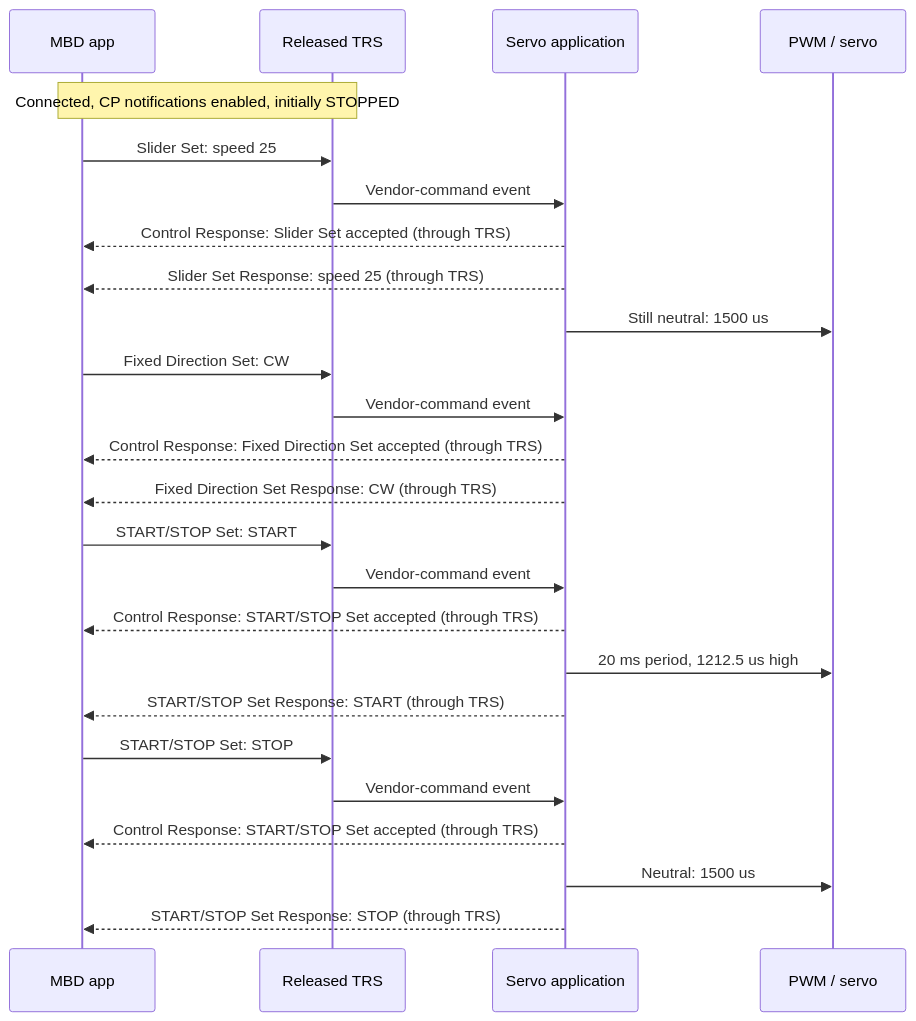
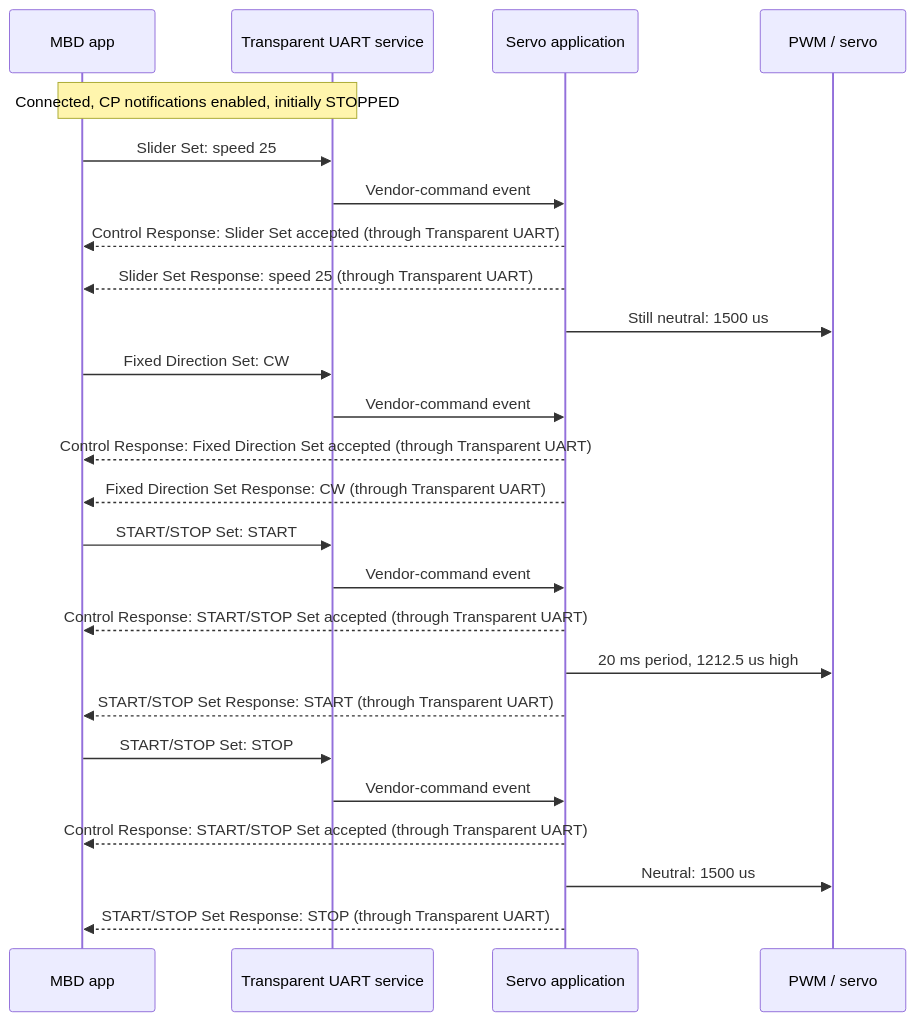
Before and after one commit to MicrochipTech/Bluetooth_LE_360_Servo_Motor_Control: the third of 4 diagrams in README.md, drawn with Mermaid. The commit also changed other lines of this file, not shown here.

Commit message:
Use Transparent UART terminology in docs

````diff
--- a/README.md
+++ b/README.md
@@ -317,27 +312,27 @@
 ```mermaid
 sequenceDiagram
     participant M as MBD app
-    participant T as Released TRS
+    participant T as Transparent UART service
     participant A as Servo application
     participant P as PWM / servo
     Note over M,T: Connected, CP notifications enabled, initially STOPPED
     M->>T: Slider Set: speed 25
     T->>A: Vendor-command event
-    A-->>M: Control Response: Slider Set accepted (through TRS)
-    A-->>M: Slider Set Response: speed 25 (through TRS)
+    A-->>M: Control Response: Slider Set accepted (through Transparent UART)
+    A-->>M: Slider Set Response: speed 25 (through Transparent UART)
     A->>P: Still neutral: 1500 us
     M->>T: Fixed Direction Set: CW
     T->>A: Vendor-command event
-    A-->>M: Control Response: Fixed Direction Set accepted (through TRS)
-    A-->>M: Fixed Direction Set Response: CW (through TRS)
+    A-->>M: Control Response: Fixed Direction Set accepted (through Transparent UART)
+    A-->>M: Fixed Direction Set Response: CW (through Transparent UART)
     M->>T: START/STOP Set: START
     T->>A: Vendor-command event
-    A-->>M: Control Response: START/STOP Set accepted (through TRS)
+    A-->>M: Control Response: START/STOP Set accepted (through Transparent UART)
     A->>P: 20 ms period, 1212.5 us high
-    A-->>M: START/STOP Set Response: START (through TRS)
+    A-->>M: START/STOP Set Response: START (through Transparent UART)
     M->>T: START/STOP Set: STOP
     T->>A: Vendor-command event
-    A-->>M: Control Response: START/STOP Set accepted (through TRS)
+    A-->>M: Control Response: START/STOP Set accepted (through Transparent UART)
     A->>P: Neutral: 1500 us
-    A-->>M: START/STOP Set Response: STOP (through TRS)
+    A-->>M: START/STOP Set Response: STOP (through Transparent UART)
 ```
````
